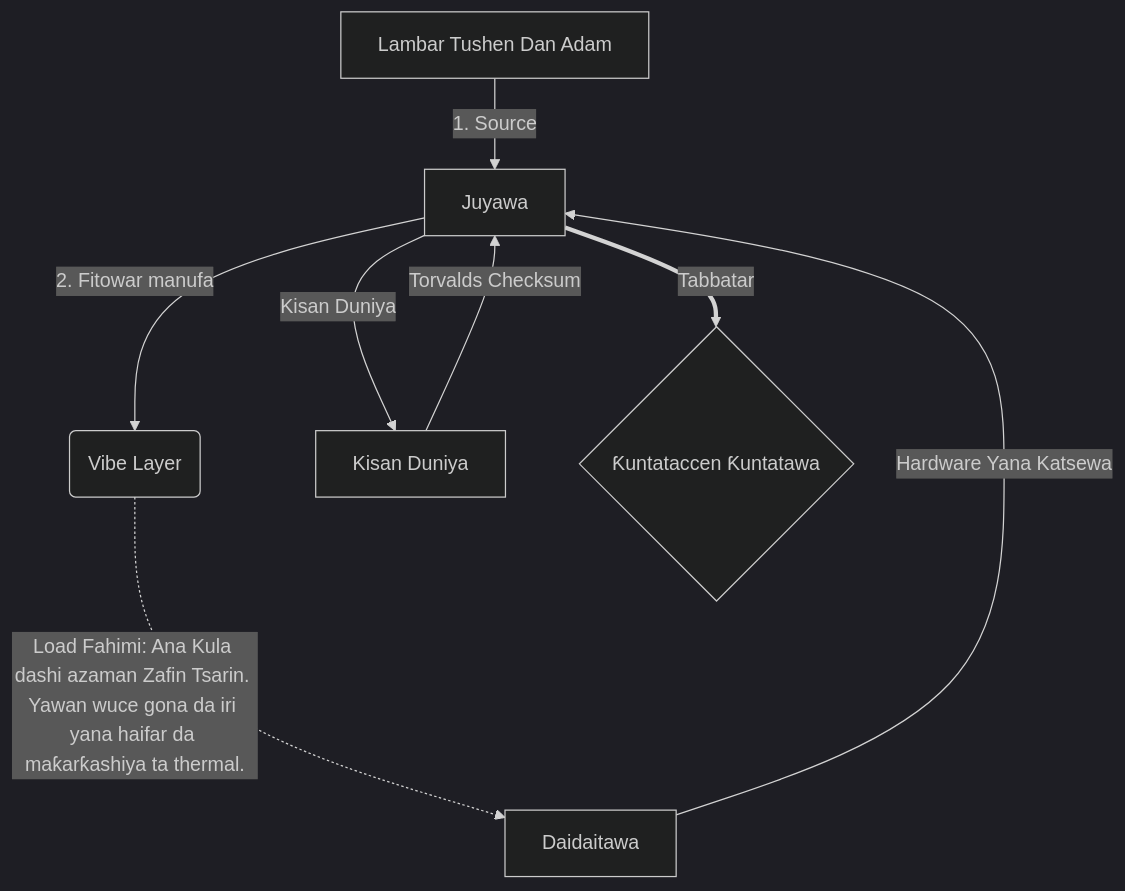
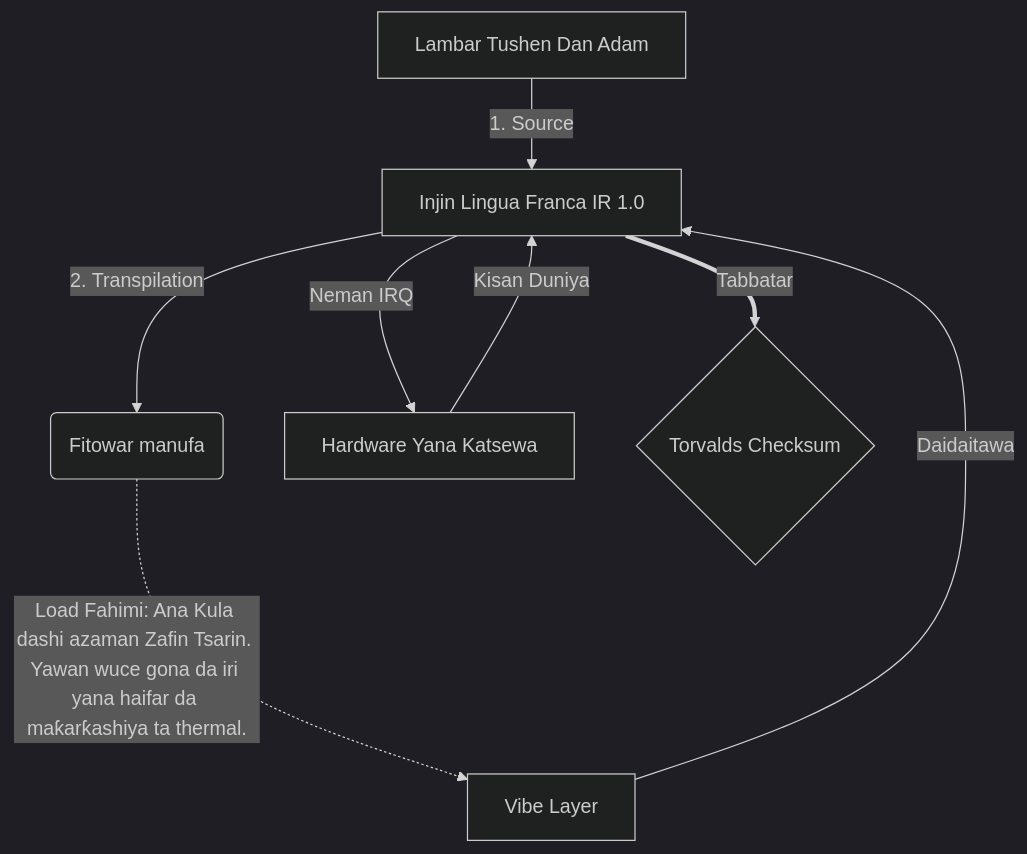
The diagram in README.student.ha.md (0compute/machine), drawn with Mermaid (dark theme) before and after one commit. The commit also changed other lines of this file and 103 other files, not shown here.

````diff
--- a/README.student.ha.md
+++ b/README.student.ha.md
@@ -93,10 +93,10 @@
 ```mermaid
 graph TD
-    A[Lambar Tushen Dan Adam] -->|1. Source| B[Juyawa]
-    B -->|2. Fitowar manufa| C(Vibe Layer)
-    C -.->|Load Fahimi: Ana Kula dashi azaman Zafin Tsarin. Yawan wuce gona da iri yana haifar da maƙarƙashiya ta thermal.| G[Daidaitawa]
-    G -->|Hardware Yana Katsewa| B
-    B -->|Kisan Duniya| H[Kisan Duniya]
-    H -->|Torvalds Checksum| B
-    B == Tabbatar ==> I{Ƙuntataccen Ƙuntatawa}
+    A[Lambar Tushen Dan Adam] -->|1. Source| B[Injin Lingua Franca IR 1.0]
+    B -->|2. Transpilation| C(Fitowar manufa)
+    C -.->|Load Fahimi: Ana Kula dashi azaman Zafin Tsarin. Yawan wuce gona da iri yana haifar da maƙarƙashiya ta thermal.| G[Vibe Layer]
+    G -->|Daidaitawa| B
+    B -->|Neman IRQ| H[Hardware Yana Katsewa]
+    H -->|Kisan Duniya| B
+    B == Tabbatar ==> I{Torvalds Checksum}
 ```
````
